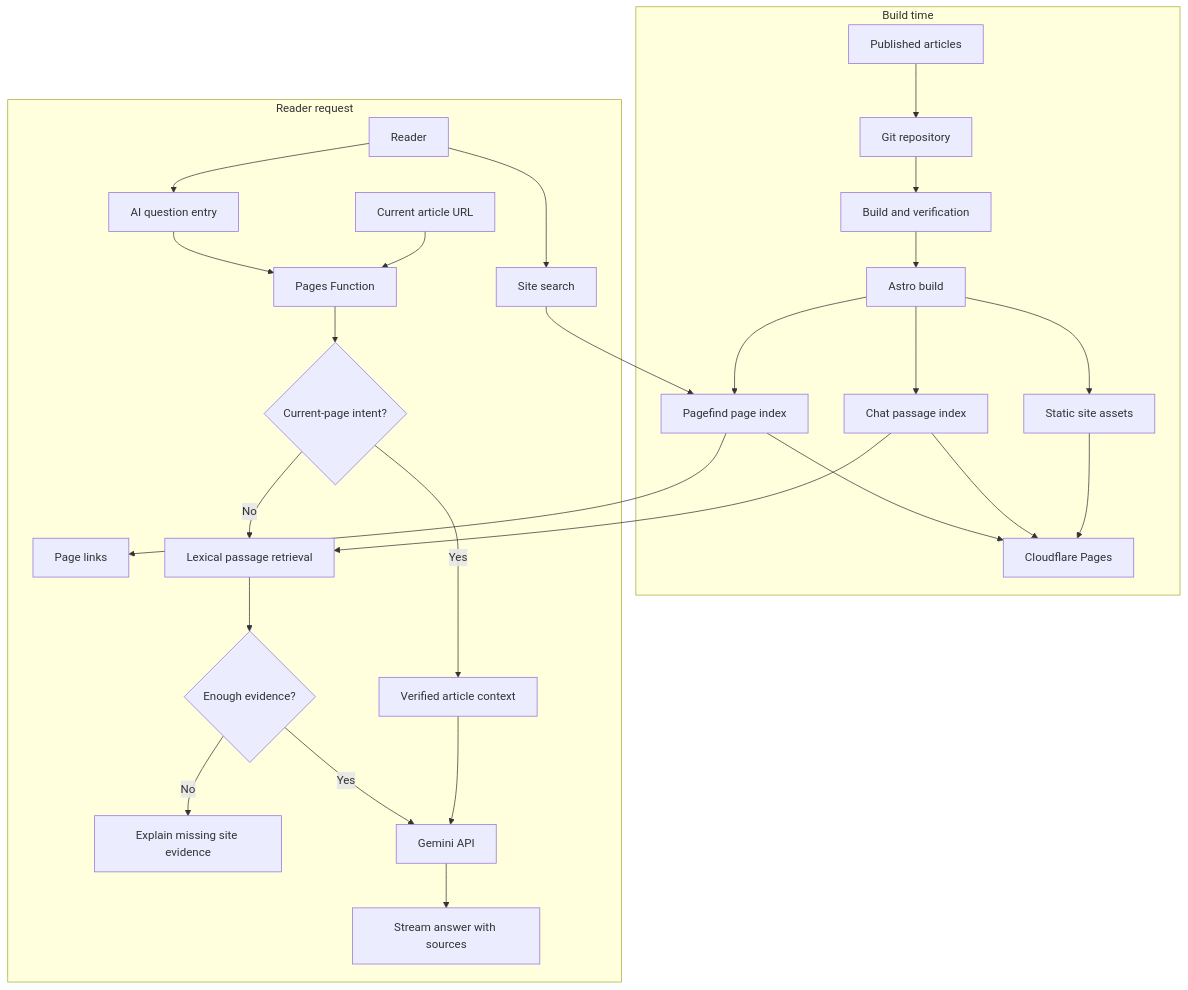
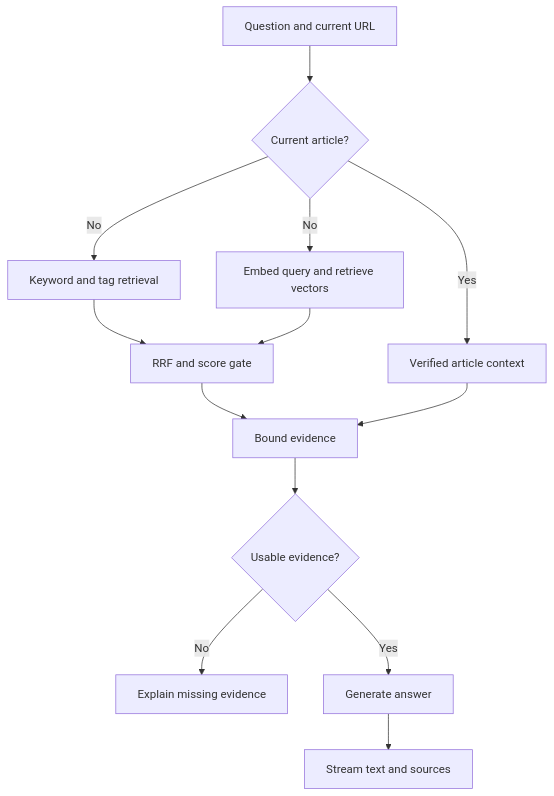
The second of 2 diagrams in src/content/writing/2026/10/blog-rag-retrieval-experiment/zh.md (Liyuk/liyuk.github.io), drawn with Mermaid before and after one commit. The commit also changed other lines of this file and 31 other files, not shown here.

First line of the commit message:
Add hybrid vector retrieval to site chat (#65)

````diff
--- a/src/content/writing/2026/10/blog-rag-retrieval-experiment/zh.md
+++ b/src/content/writing/2026/10/blog-rag-retrieval-experiment/zh.md
@@ -91,32 +314,17 @@
 ```mermaid
 flowchart TB
-    subgraph Build["Build time"]
-        Content["Published articles"] --> Git["Git repository"]
-        Git --> CI["Build and verification"]
-        CI --> Astro["Astro build"]
-        Astro --> SearchIndex["Pagefind page index"]
-        Astro --> ChatIndex["Chat passage index"]
-        Astro --> Site["Static site assets"]
-        SearchIndex --> Pages["Cloudflare Pages"]
-        ChatIndex --> Pages
-        Site --> Pages
-    end
-
-    subgraph Request["Reader request"]
-        Reader["Reader"] --> Search["Site search"]
-        Search --> SearchIndex
-        SearchIndex --> Links["Page links"]
-        Reader --> Chat["AI question entry"]
-        Chat --> Function["Pages Function"]
-        CurrentURL["Current article URL"] --> Function
-        Function --> Scope{"Current-page intent?"}
-        Scope -->|"Yes"| Context["Verified article context"]
-        Scope -->|"No"| Retrieve["Lexical passage retrieval"]
-        ChatIndex --> Retrieve
-        Retrieve --> Evidence{"Enough evidence?"}
-        Evidence -->|"No"| Fallback["Explain missing site evidence"]
-        Evidence -->|"Yes"| Gemini["Gemini API"]
-        Context --> Gemini
-        Gemini --> Answer["Stream answer with sources"]
-    end
+    accTitle: Online retrieval and answering
+    accDescr: Questions use verified article context or hybrid retrieval, then bounded evidence supports a streamed answer.
+    Question["Question and current URL"] --> Scope{"Current article?"}
+    Scope -->|"Yes"| Context["Verified article context"]
+    Scope -->|"No"| Keyword["Keyword and tag retrieval"]
+    Scope -->|"No"| Vector["Embed query and retrieve vectors"]
+    Keyword --> Merge["RRF and score gate"]
+    Vector --> Merge
+    Merge --> Evidence["Bound evidence"]
+    Context --> Evidence
+    Evidence --> Enough{"Usable evidence?"}
+    Enough -->|"No"| Fallback["Explain missing evidence"]
+    Enough -->|"Yes"| Gemini["Generate answer"]
+    Gemini --> Answer["Stream text and sources"]
 ```
````
